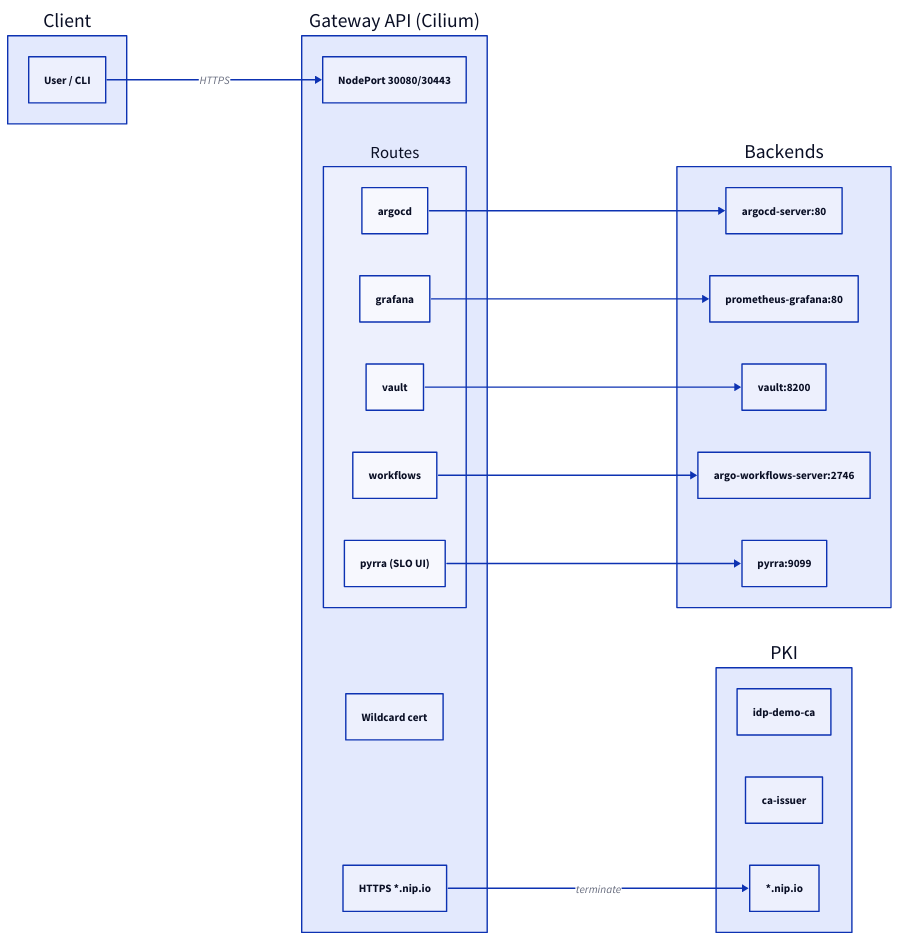
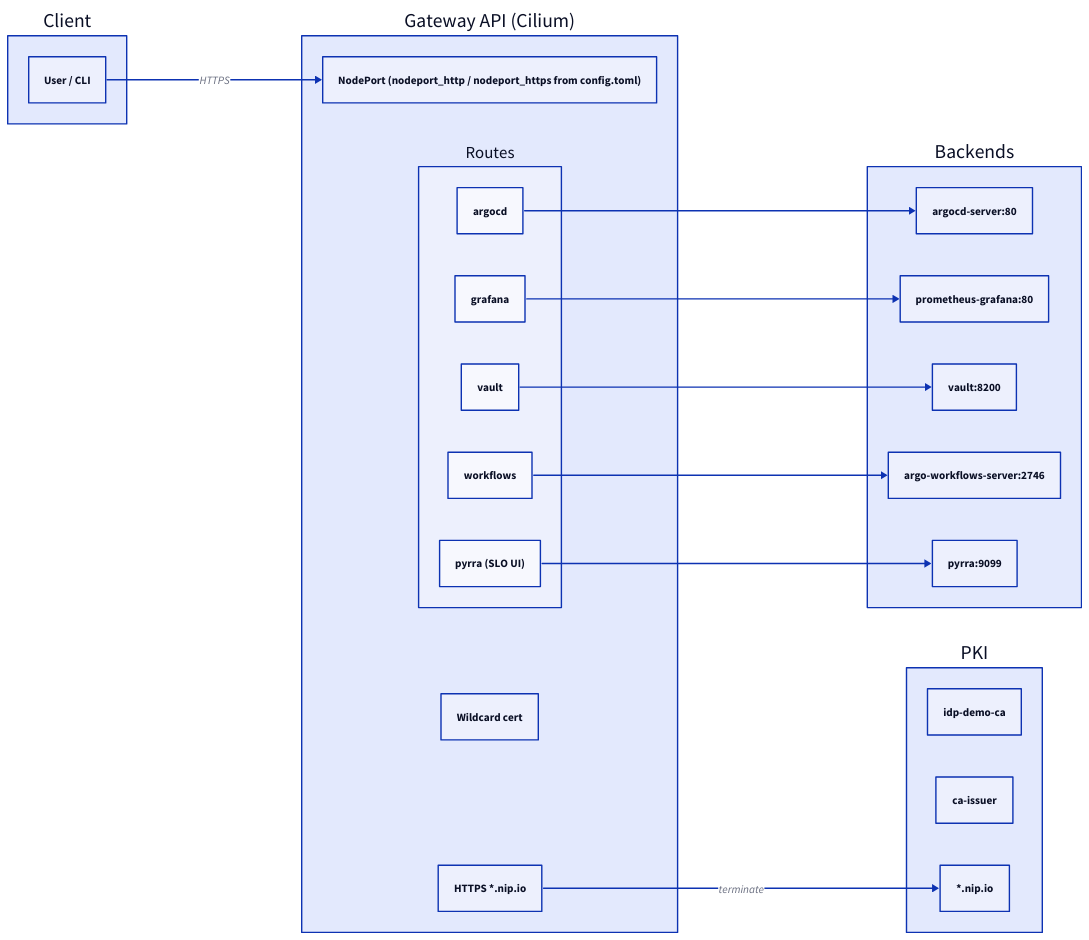
The diagram in Docs/concepts/networking-gateway.md (rou-cru/idp-blueprint), drawn with D2 before and after one commit. The commit also changed 17 other files, not shown here.

````diff
--- a/Docs/concepts/networking-gateway.md
+++ b/Docs/concepts/networking-gateway.md
@@ -7,43 +7,43 @@
 ```d2
 direction: right
 
 Client: {
   Browser: "User / CLI"
 }
 
 Gateway: {
   label: "Gateway API (Cilium)"
-  SVC: "NodePort 30080/30443"
+  SVC: "NodePort (nodeport_http / nodeport_https from config.toml)"
   Listener: "HTTPS *.nip.io"
   TLS: "Wildcard cert"
   Routes: {
     argocd: "argocd"
     grafana: "grafana"
     vault: "vault"
     workflows: "workflows"
     pyrra: "pyrra (SLO UI)"
   }
 }
 
 Backends: {
   argocd: "argocd-server:80"
   grafana: "prometheus-grafana:80"
   vault: "vault:8200"
   workflows: "argo-workflows-server:2746"
   pyrra: "pyrra:9099"
 }
 
 PKI: {
   CA: "idp-demo-ca"
   Issuer: "ca-issuer"
   Wildcard: "*.nip.io"
 }
 
 Client.Browser -> Gateway.SVC: HTTPS
 Gateway.Listener -> PKI.Wildcard: terminate
 Gateway.Routes.argocd -> Backends.argocd
 Gateway.Routes.grafana -> Backends.grafana
 Gateway.Routes.vault -> Backends.vault
 Gateway.Routes.workflows -> Backends.workflows
 Gateway.Routes.pyrra -> Backends.pyrra
 ```
````
